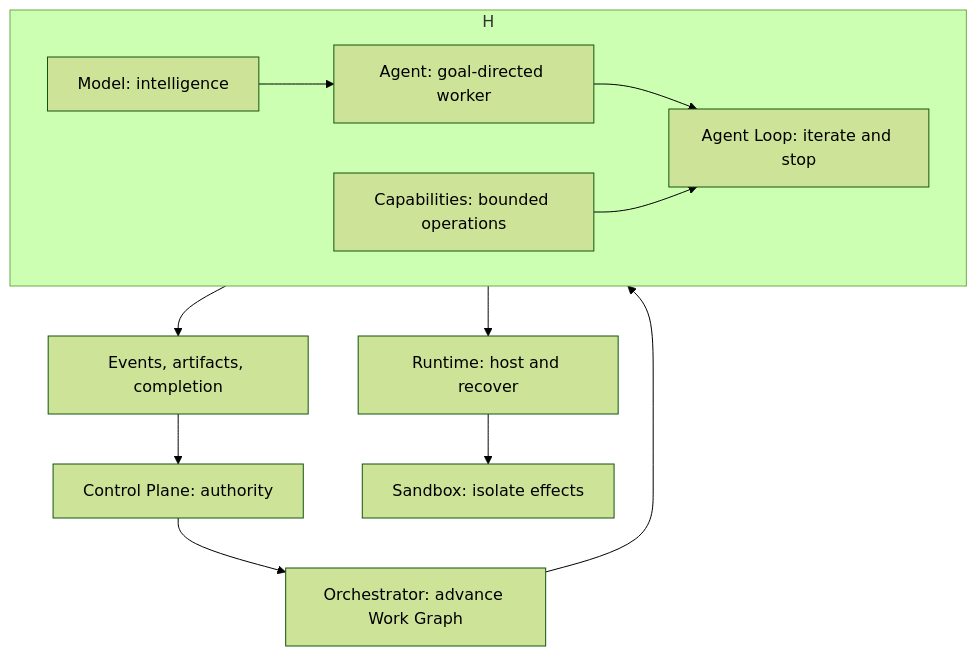
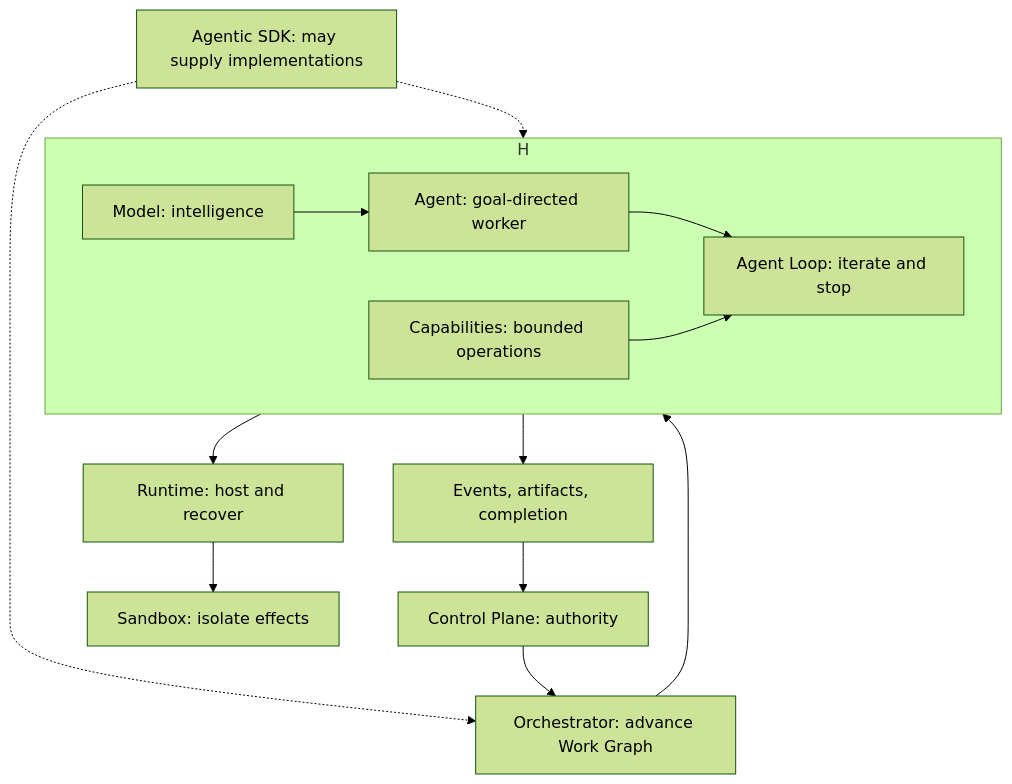
The third of 8 diagrams in guide/03-build/18-agent-architecture.md (jaydubya818/ai-software-factory-mastery), drawn with Mermaid (forest theme) before and after one commit. The commit also changed other lines of this file and 6 other files, not shown here.

Commit message:
docs: define the agentic SDK boundary

````diff
--- a/guide/03-build/18-agent-architecture.md
+++ b/guide/03-build/18-agent-architecture.md
@@ -107,14 +114,16 @@
 ```mermaid
 flowchart TB
     CP["Control Plane: authority"] --> O["Orchestrator: advance Work Graph"]
+    SDK["Agentic SDK: may supply implementations"] -.-> O
+    SDK -.-> H
     O --> H["Agent Harness: operating envelope"]
     subgraph H
         A["Agent: goal-directed worker"] --> L["Agent Loop: iterate and stop"]
         M["Model: intelligence"] --> A
         C["Capabilities: bounded operations"] --> L
     end
     H --> R["Runtime: host and recover"]
     R --> S["Sandbox: isolate effects"]
     H --> E["Events, artifacts, completion"]
     E --> CP
 ```
````
